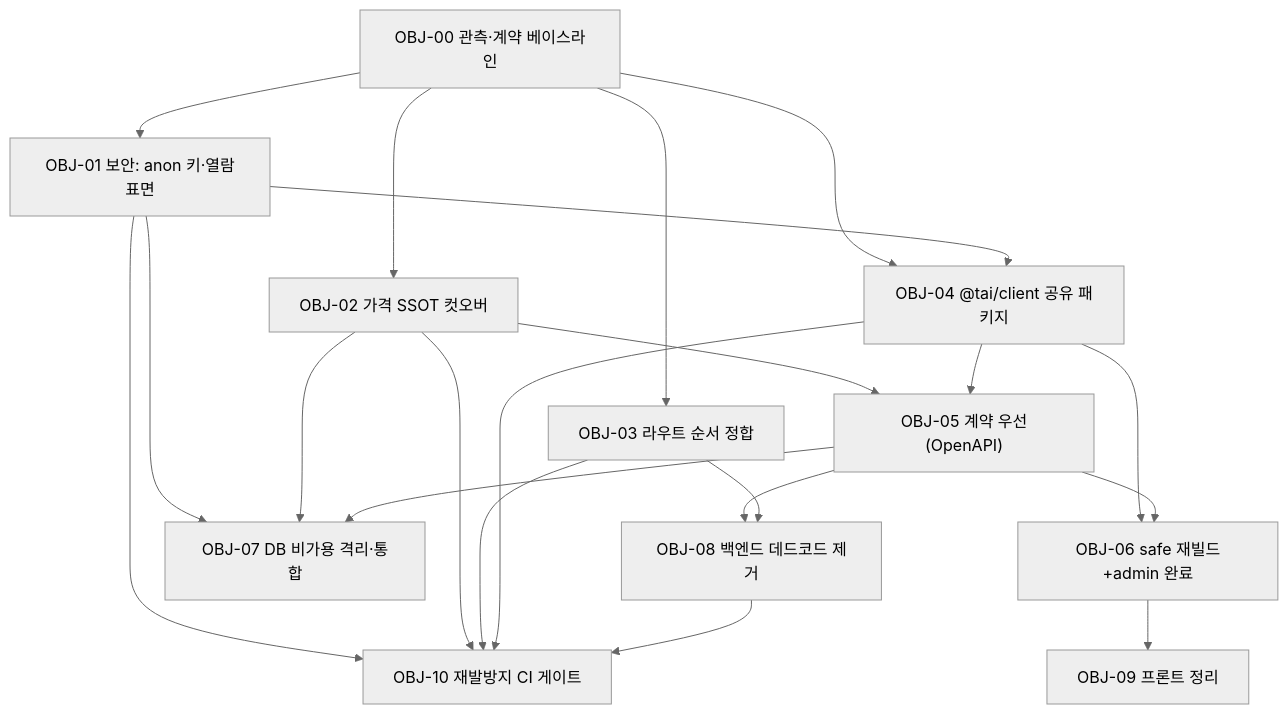
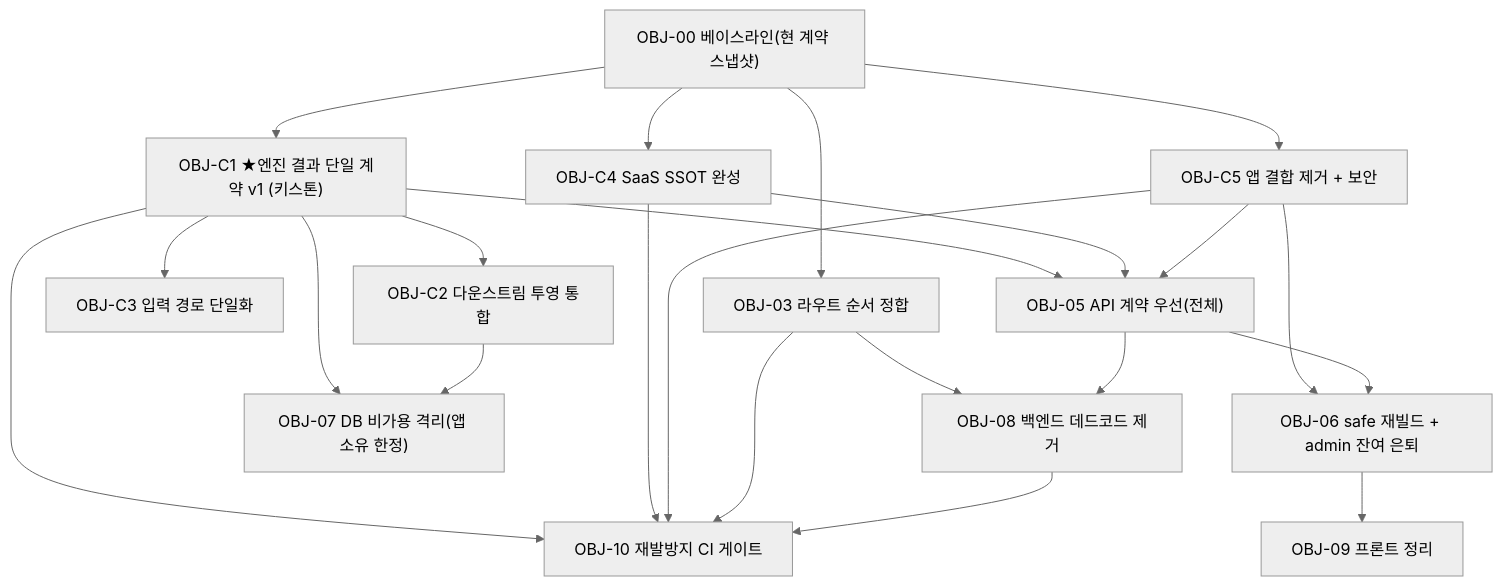
Before and after one commit to taiengineering/tai-api: the diagram in docs/tai-rebuild/01_작업계획서_object방식.md, drawn with Mermaid (neutral theme). The commit also changed other lines of this file, not shown here.

Commit message:
docs(tai-rebuild): 작업계획서 v2 — 04·05 반영(엔진 결과 단일계약 C1 키스톤, 엔진=DB계약, 공개트랙 primary)

````diff
--- a/docs/tai-rebuild/01_작업계획서_object방식.md
+++ b/docs/tai-rebuild/01_작업계획서_object방식.md
@@ -32,35 +19,38 @@
 ```mermaid
 graph TD
-  O0["OBJ-00 관측·계약 베이스라인"]
-  O1["OBJ-01 보안: anon 키·열람표면"]
-  O2["OBJ-02 가격 SSOT 컷오버"]
+  O0["OBJ-00 베이스라인(현 계약 스냅샷)"]
+  C1["OBJ-C1 ★엔진 결과 단일 계약 v1 (키스톤)"]
+  C2["OBJ-C2 다운스트림 투영 통합"]
+  C3["OBJ-C3 입력 경로 단일화"]
+  C4["OBJ-C4 SaaS SSOT 완성"]
+  C5["OBJ-C5 앱 결합 제거 + 보안"]
   O3["OBJ-03 라우트 순서 정합"]
-  O4["OBJ-04 @tai/client 공유 패키지"]
-  O5["OBJ-05 계약 우선(OpenAPI)"]
-  O6["OBJ-06 safe 재빌드+admin 완료"]
-  O7["OBJ-07 DB 비가용 격리·통합"]
+  O5["OBJ-05 API 계약 우선(전체)"]
+  O6["OBJ-06 safe 재빌드 + admin 잔여 은퇴"]
+  O7["OBJ-07 DB 비가용 격리(앱 소유 한정)"]
   O8["OBJ-08 백엔드 데드코드 제거"]
   O9["OBJ-09 프론트 정리"]
   O10["OBJ-10 재발방지 CI 게이트"]
 
-  O0 --> O1
-  O0 --> O2
+  O0 --> C1
+  O0 --> C4
+  O0 --> C5
   O0 --> O3
-  O0 --> O4
-  O1 --> O4
-  O1 --> O7
-  O2 --> O5
-  O2 --> O7
-  O4 --> O5
-  O4 --> O6
+  C1 --> C2
+  C1 --> C3
+  C1 --> O5
+  C4 --> O5
+  C5 --> O5
+  C5 --> O6
   O5 --> O6
-  O5 --> O7
+  C1 --> O7
+  C2 --> O7
+  O3 --> O8
   O5 --> O8
-  O3 --> O8
   O6 --> O9
-  O1 --> O10
-  O2 --> O10
+  C1 --> O10
+  C4 --> O10
+  C5 --> O10
   O3 --> O10
-  O4 --> O10
   O8 --> O10
 ```
````
